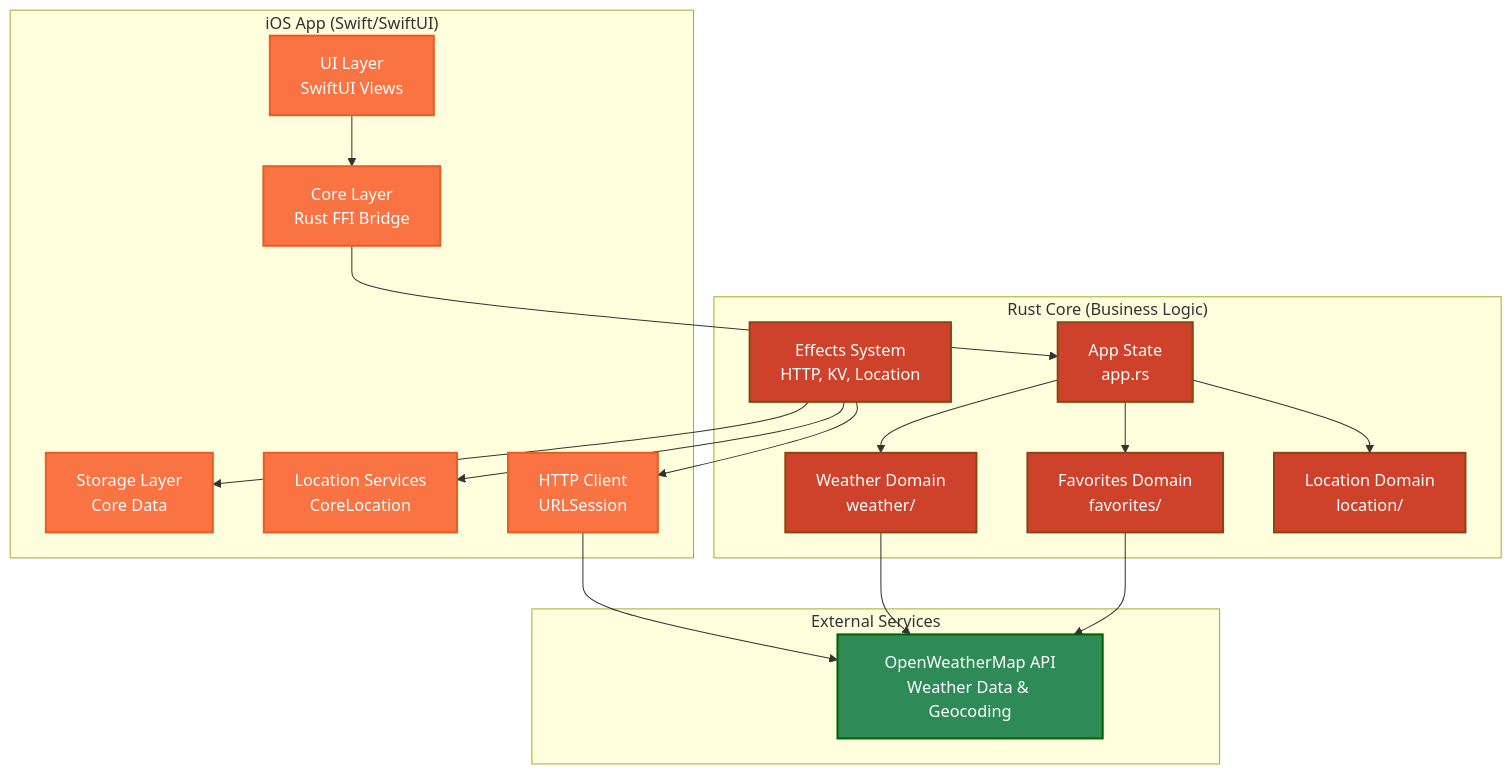
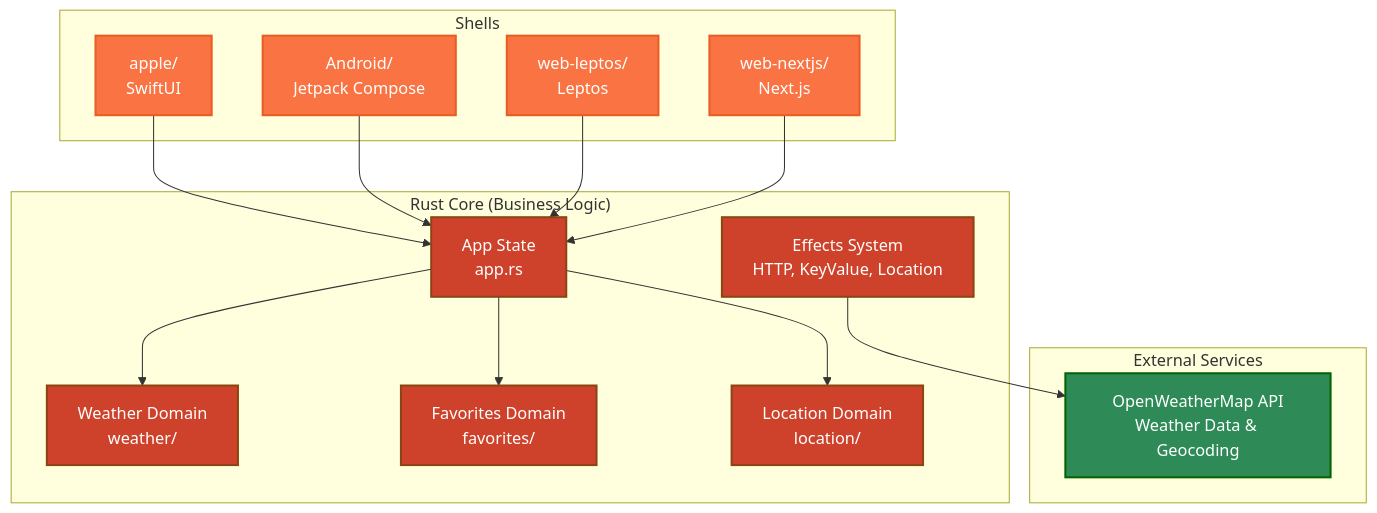
One commit to redbadger/crux changed the first of 4 diagrams in examples/weather/ARCHITECTURE.md. Above: the diagram before and after it, drawn with Mermaid. The commit also changed other lines of this file and 2 other files, not shown here.

Commit message:
document: weather and overall

````diff
--- a/examples/weather/ARCHITECTURE.md
+++ b/examples/weather/ARCHITECTURE.md
@@ -9,44 +9,38 @@
 ```mermaid
 graph TB
-    subgraph "iOS App (Swift/SwiftUI)"
-        UI[UI Layer<br/>SwiftUI Views]
-        Core[Core Layer<br/>Rust FFI Bridge]
-        Storage[Storage Layer<br/>Core Data]
-        Location[Location Services<br/>CoreLocation]
-        HTTP[HTTP Client<br/>URLSession]
+    subgraph "Shells"
+        Apple[apple/<br/>SwiftUI]
+        Android[Android/<br/>Jetpack Compose]
+        Leptos[web-leptos/<br/>Leptos]
+        NextJS[web-nextjs/<br/>Next.js]
     end
-    
+
     subgraph "Rust Core (Business Logic)"
         App[App State<br/>app.rs]
         Weather[Weather Domain<br/>weather/]
         Favorites[Favorites Domain<br/>favorites/]
         Loc[Location Domain<br/>location/]
-        Effects[Effects System<br/>HTTP, KV, Location]
+        Effects[Effects System<br/>HTTP, KeyValue, Location]
     end
-    
+
     subgraph "External Services"
         API[OpenWeatherMap API<br/>Weather Data & Geocoding]
     end
-    
-    UI --> Core
-    Core --> App
+
+    Apple --> App
+    Android --> App
+    Leptos --> App
+    NextJS --> App
     App --> Weather
     App --> Favorites
     App --> Loc
-    
-    Effects --> HTTP
-    Effects --> Storage
-    Effects --> Location
-    
-    HTTP --> API
-    Weather --> API
-    Favorites --> API
-    
+    Effects --> API
+
     classDef rust fill:#CE422B,stroke:#8B4513,stroke-width:2px,color:#fff
-    classDef swift fill:#FA7343,stroke:#E85D23,stroke-width:2px,color:#fff
+    classDef shell fill:#FA7343,stroke:#E85D23,stroke-width:2px,color:#fff
     classDef external fill:#2E8B57,stroke:#006400,stroke-width:2px,color:#fff
-    
+
     class App,Weather,Favorites,Loc,Effects rust
-    class UI,Core,Storage,Location,HTTP swift
+    class Apple,Android,Leptos,NextJS shell
     class API external
 ```
````
